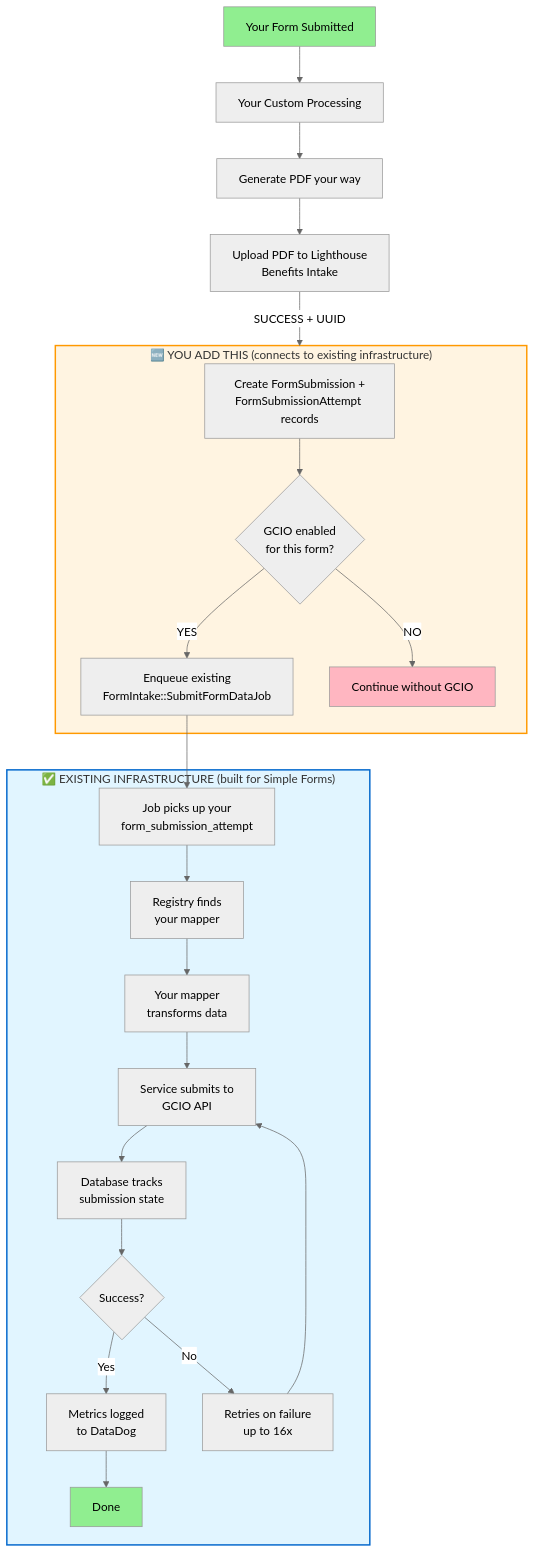
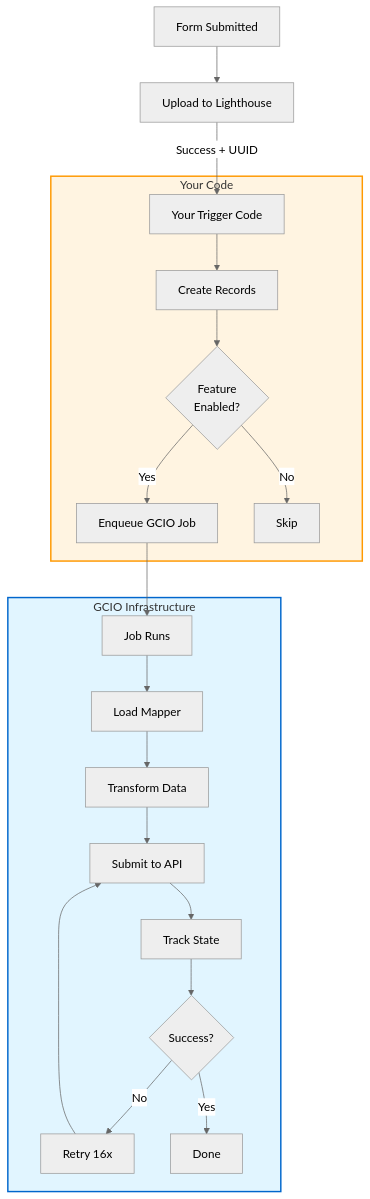
The diagram in docs/architecture/gcio-integration/NON-SIMPLE-FORMS-INTEGRATION.md (department-of-veterans-affairs/vets-api), drawn with Mermaid (neutral theme) before and after one commit. The commit also changed other lines of this file, not shown here.

Commit message:
update non-forms guid

````diff
--- a/docs/architecture/gcio-integration/NON-SIMPLE-FORMS-INTEGRATION.md
+++ b/docs/architecture/gcio-integration/NON-SIMPLE-FORMS-INTEGRATION.md
@@ -151,45 +579,27 @@
 ```mermaid
 flowchart TD
-    Start[Your Form Submitted] --> Process[Your Custom Processing]
-    Process --> PDF[Generate PDF your way]
-    PDF --> Lighthouse[Upload PDF to Lighthouse<br/>Benefits Intake]
-    Lighthouse -->|SUCCESS + UUID| YourCode
+    Start[Form Submitted] --> Upload[Upload to Lighthouse]
+    Upload -->|Success + UUID| Trigger[Your Trigger Code]
     
-    subgraph YourCode["🆕 YOU ADD THIS (connects to existing infrastructure)"]
-        CreateRecords[Create FormSubmission +<br/>FormSubmissionAttempt records]
-        CheckFlag{GCIO enabled<br/>for this form?}
-        Enqueue[Enqueue existing<br/>FormIntake::SubmitFormDataJob]
-        
-        CreateRecords --> CheckFlag
-        CheckFlag -->|YES| Enqueue
-        CheckFlag -->|NO| End1[Continue without GCIO]
+    subgraph YourCode["Your Code"]
+        Trigger --> Records[Create Records]
+        Records --> Check{Feature<br/>Enabled?}
+        Check -->|Yes| Enqueue[Enqueue GCIO Job]
+        Check -->|No| Skip[Skip]
     end
     
-    subgraph Existing["✅ EXISTING INFRASTRUCTURE (built for Simple Forms)"]
-        JobRuns[Job picks up your<br/>form_submission_attempt]
-        LoadMapper[Registry finds<br/>your mapper]
-        Transform[Your mapper<br/>transforms data]
-        Submit[Service submits to<br/>GCIO API]
-        Track[Database tracks<br/>submission state]
-        Retry{Success?}
-        Metrics[Metrics logged<br/>to DataDog]
-        
-        JobRuns --> LoadMapper
-        LoadMapper --> Transform
-        Transform --> Submit
-        Submit --> Track
-        Track --> Retry
-        Retry -->|Yes| Metrics
-        Retry -->|No| RetryLogic[Retries on failure<br/>up to 16x]
-        RetryLogic --> Submit
-        Metrics --> Done[Done]
+    subgraph Infrastructure["GCIO Infrastructure"]
+        Enqueue --> Job[Job Runs]
+        Job --> Mapper[Load Mapper]
+        Mapper --> Transform[Transform Data]
+        Transform --> API[Submit to API]
+        API --> Track[Track State]
+        Track --> Retry{Success?}
+        Retry -->|No| RetryLogic[Retry 16x]
+        Retry -->|Yes| Done[Done]
+        RetryLogic --> API
     end
     
-    Enqueue --> JobRuns
-    
     style YourCode fill:#fff4e1,stroke:#ff9900,stroke-width:2px
-    style Existing fill:#e1f5ff,stroke:#0066cc,stroke-width:2px
-    style Start fill:#90EE90
-    style Done fill:#90EE90
-    style End1 fill:#FFB6C1
+    style Infrastructure fill:#e1f5ff,stroke:#0066cc,stroke-width:2px
 ```
````
